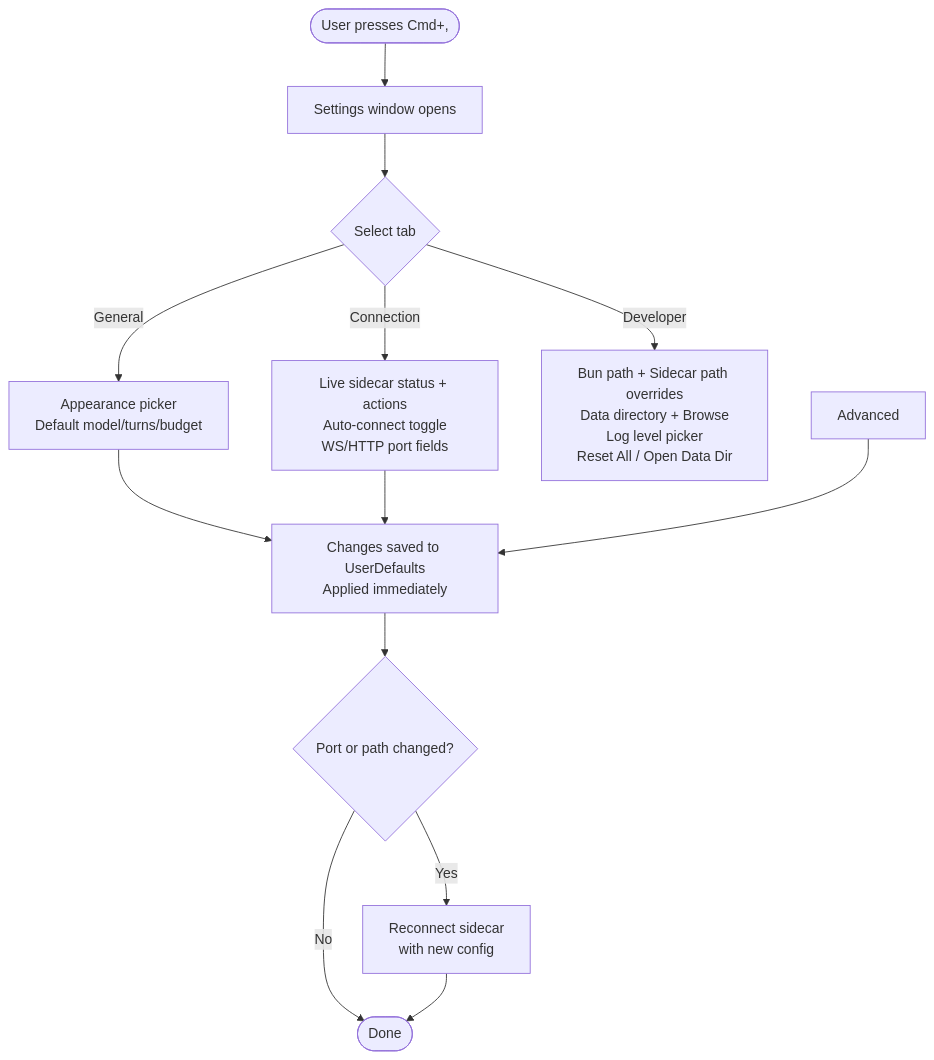
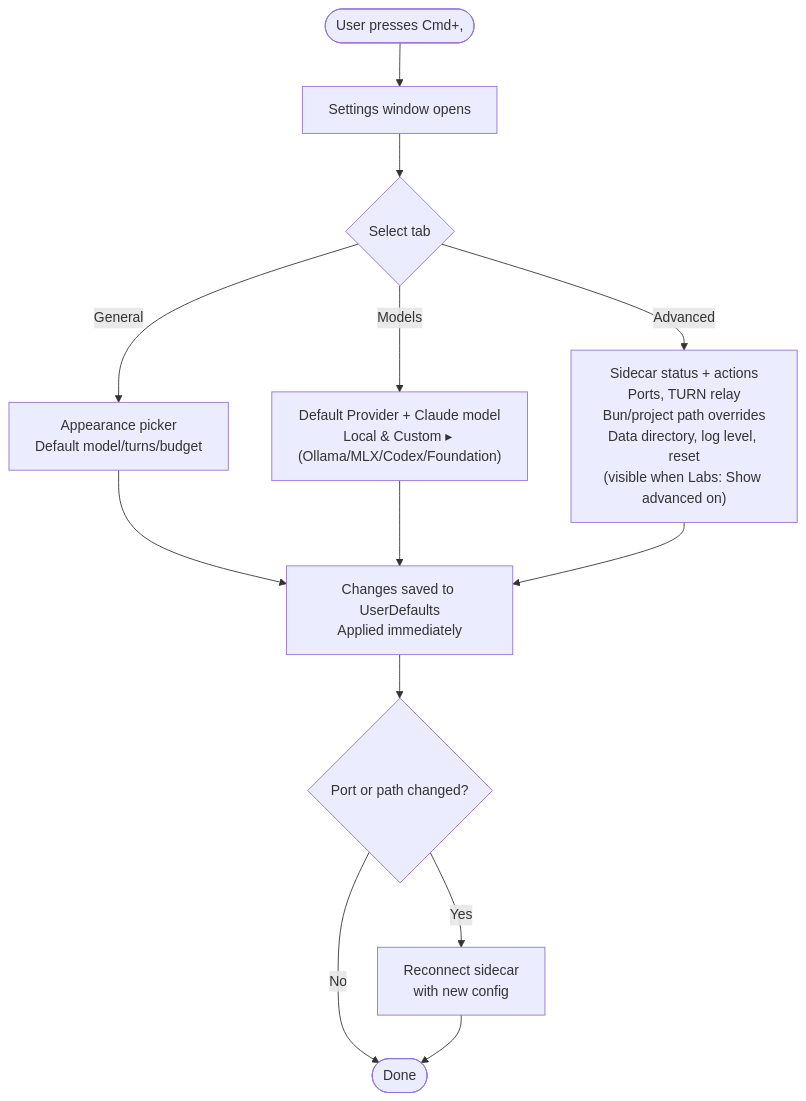
One commit to shayke-cohen/Odyssey changed the fourth of 18 diagrams in SPEC.md. Above: the diagram before and after it, drawn with Mermaid. The commit also changed other lines of this file, not shown here.

````diff
--- a/SPEC.md
+++ b/SPEC.md
@@ -1181,15 +1183,15 @@
 ```mermaid
 flowchart TD
     Open([User presses Cmd+,]) --> Settings["Settings window opens"]
     Settings --> Tabs{"Select tab"}
     Tabs -->|General| General["Appearance picker\nDefault model/turns/budget"]
-    Tabs -->|Connection| Connection["Live sidecar status + actions\nAuto-connect toggle\nWS/HTTP port fields"]
-    Tabs -->|Developer| Developer["Bun path + Sidecar path overrides\nData directory + Browse\nLog level picker\nReset All / Open Data Dir"]
+    Tabs -->|Advanced| Advanced["Sidecar status + actions\nPorts, TURN relay\nBun/project path overrides\nData directory, log level, reset\n(visible when Labs: Show advanced on)"]
+    Tabs -->|Models| ModelsTab["Default Provider + Claude model\nLocal & Custom ▸ (Ollama/MLX/Codex/Foundation)"]
     General --> Apply["Changes saved to UserDefaults\nApplied immediately"]
-    Connection --> Apply
+    ModelsTab --> Apply
     Advanced --> Apply
     Apply --> Reconnect{"Port or path changed?"}
     Reconnect -->|Yes| Restart["Reconnect sidecar\nwith new config"]
     Reconnect -->|No| Done([Done])
     Restart --> Done
 ```
````
